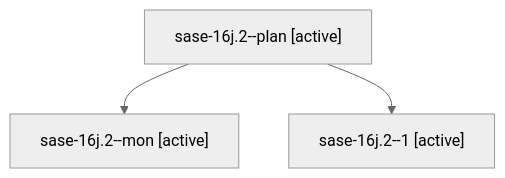
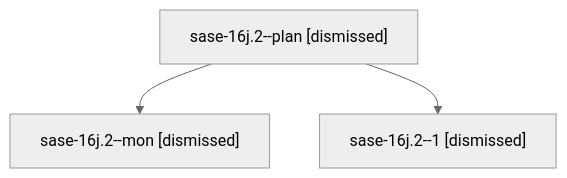
Before and after one commit to sase-org/sase--agents: the diagram in sessions/bbugyi200.athena.sase-16j.2.md, drawn with Mermaid (neutral theme). The commit also changed other lines of this file and 51 other files, not shown here.

````diff
--- a/sessions/bbugyi200.athena.sase-16j.2.md
+++ b/sessions/bbugyi200.athena.sase-16j.2.md
@@ -9,8 +9,8 @@
 ```mermaid
 flowchart TD
-  n0["sase-16j.2--plan [active]"]
-  n1["sase-16j.2--mon [active]"]
+  n0["sase-16j.2--plan [dismissed]"]
+  n1["sase-16j.2--mon [dismissed]"]
   n0 --> n1
-  n2["sase-16j.2--1 [active]"]
+  n2["sase-16j.2--1 [dismissed]"]
   n0 --> n2
 ```
````
